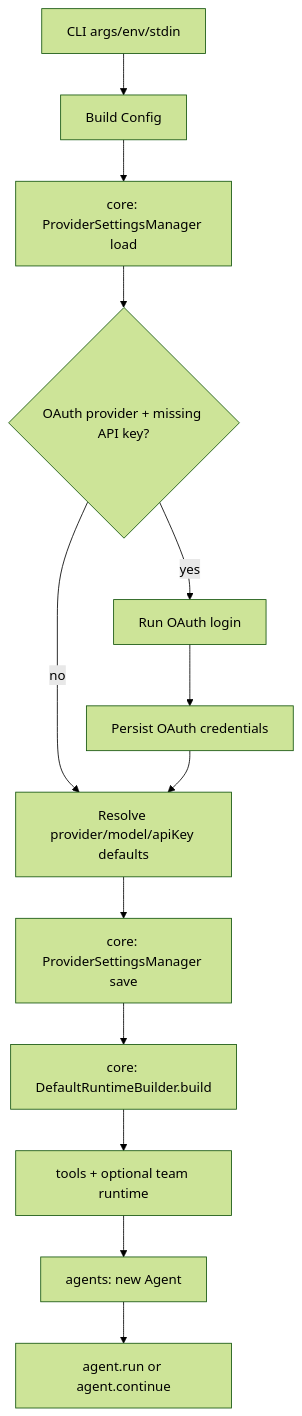
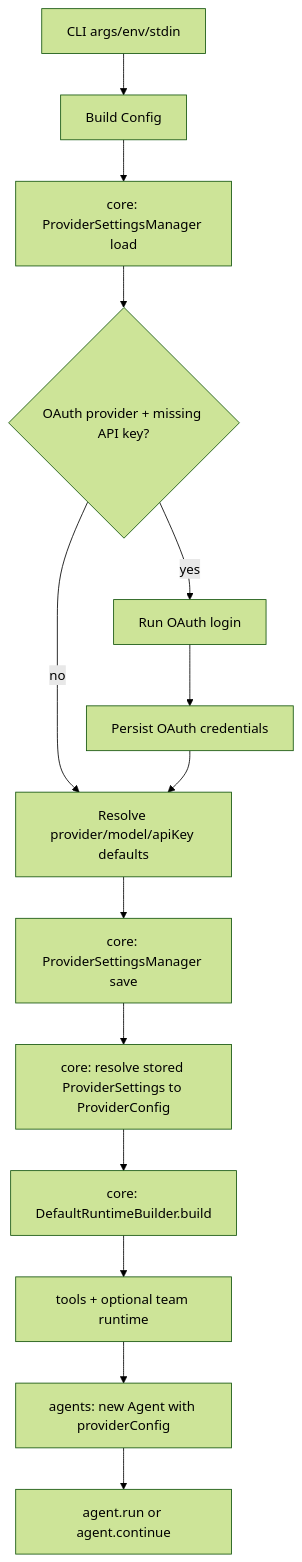
One commit to Dastan-Prince/cline-cn changed the second of 3 diagrams in sdk/ARCHITECTURE.md. Above: the diagram before and after it, drawn with Mermaid (forest theme). The commit also changed other lines of this file and 16 other files, not shown here.

Commit message:
feat: provider config used at run time

````diff
--- a/sdk/ARCHITECTURE.md
+++ b/sdk/ARCHITECTURE.md
@@ -100,15 +101,16 @@
 ```mermaid
 flowchart TD
   A[CLI args/env/stdin] --> B[Build Config]
   B --> B1[core: ProviderSettingsManager load]
   B1 --> B2{OAuth provider + missing API key?}
   B2 -->|yes| B2a[Run OAuth login]
   B2a --> B2b[Persist OAuth credentials]
   B2 -->|no| B3[Resolve provider/model/apiKey defaults]
   B2b --> B3
   B3 --> B4[core: ProviderSettingsManager save]
-  B4 --> C[core: DefaultRuntimeBuilder.build]
+  B4 --> B5[core: resolve stored ProviderSettings to ProviderConfig]
+  B5 --> C[core: DefaultRuntimeBuilder.build]
   C --> D[tools + optional team runtime]
-  D --> E[agents: new Agent]
+  D --> E[agents: new Agent with providerConfig]
   E --> F[agent.run or agent.continue]
 ```
````
